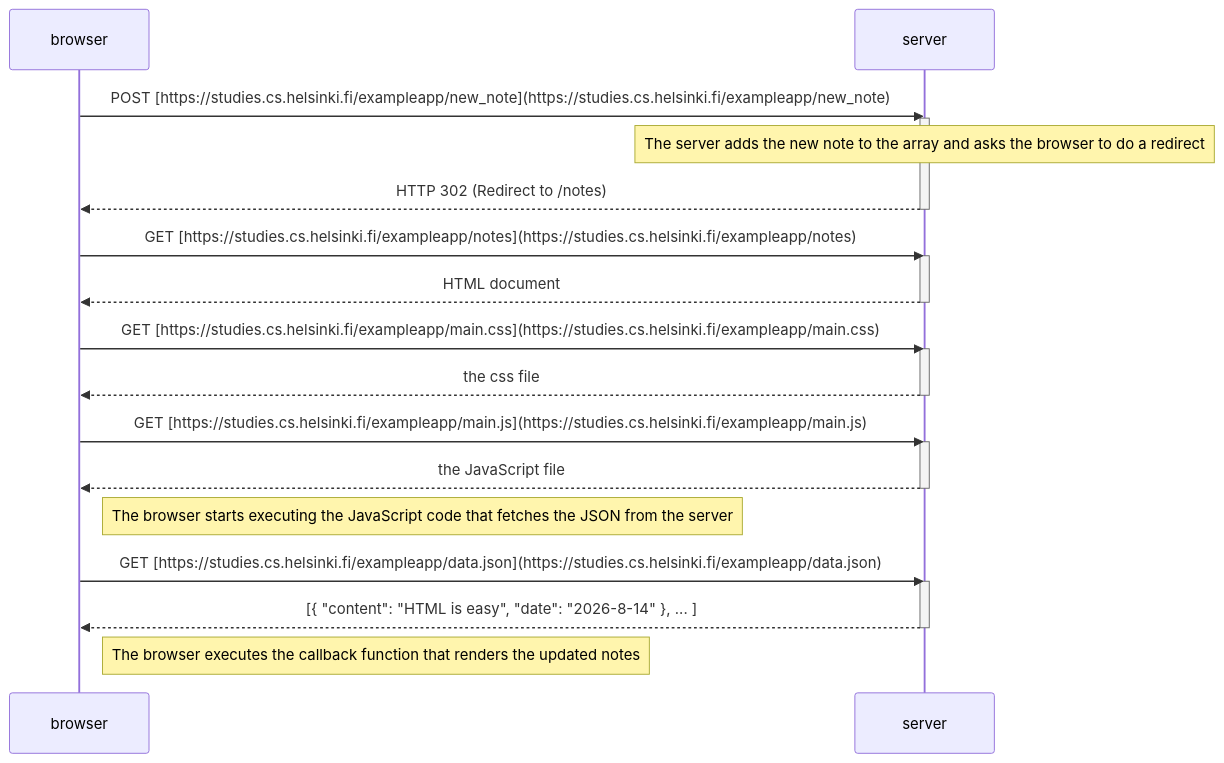
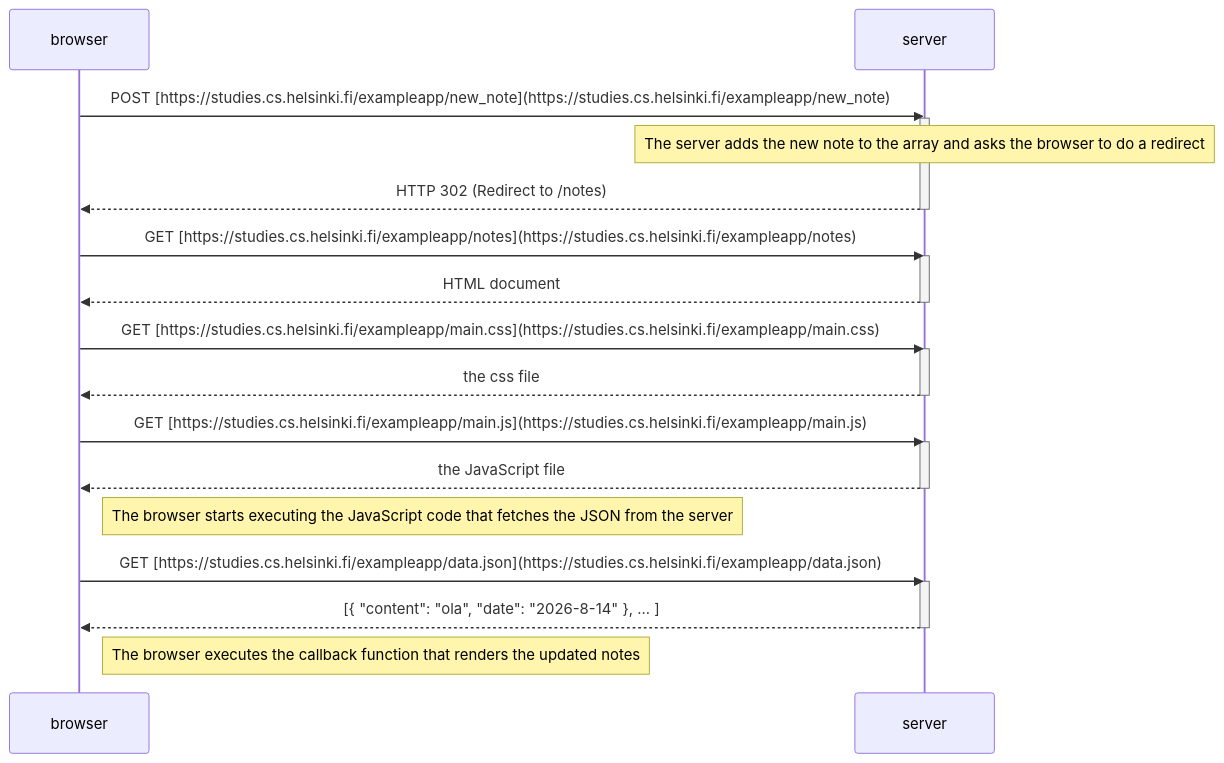
One commit to joaosantos1989/fullstackopen changed the diagram in part0/0.4.md. Above: the diagram before and after it, drawn with Mermaid.

Commit message:
Update server response content in 0.4.md

````diff
--- a/part0/0.4.md
+++ b/part0/0.4.md
@@ -1,35 +1,35 @@
 ```mermaid
 sequenceDiagram
     participant browser
     participant server
 
     browser->>server: POST [https://studies.cs.helsinki.fi/exampleapp/new_note](https://studies.cs.helsinki.fi/exampleapp/new_note)
     activate server
     Note over server: The server adds the new note to the array and asks the browser to do a redirect
     server-->>browser: HTTP 302 (Redirect to /notes)
     deactivate server
 
     browser->>server: GET [https://studies.cs.helsinki.fi/exampleapp/notes](https://studies.cs.helsinki.fi/exampleapp/notes)
     activate server
     server-->>browser: HTML document
     deactivate server
 
     browser->>server: GET [https://studies.cs.helsinki.fi/exampleapp/main.css](https://studies.cs.helsinki.fi/exampleapp/main.css)
     activate server
     server-->>browser: the css file
     deactivate server
 
     browser->>server: GET [https://studies.cs.helsinki.fi/exampleapp/main.js](https://studies.cs.helsinki.fi/exampleapp/main.js)
     activate server
     server-->>browser: the JavaScript file
     deactivate server
 
     Note right of browser: The browser starts executing the JavaScript code that fetches the JSON from the server
 
     browser->>server: GET [https://studies.cs.helsinki.fi/exampleapp/data.json](https://studies.cs.helsinki.fi/exampleapp/data.json)
     activate server
-    server-->>browser: [{ "content": "HTML is easy", "date": "2026-8-14" }, ... ]
+    server-->>browser: [{ "content": "ola", "date": "2026-8-14" }, ... ]
     deactivate server
 
     Note right of browser: The browser executes the callback function that renders the updated notes
 ```
````
